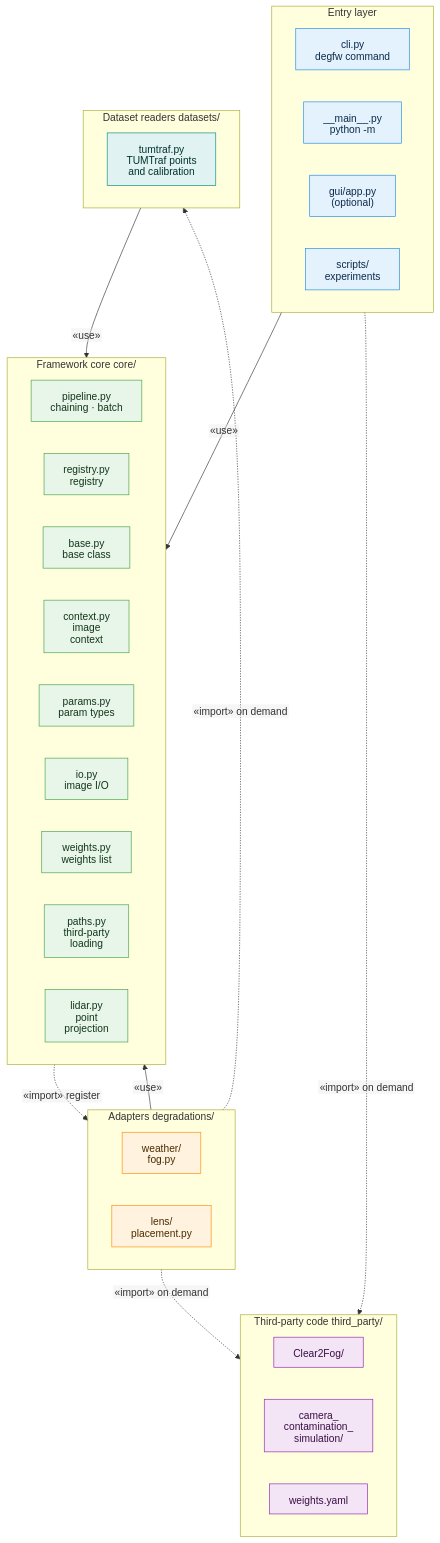
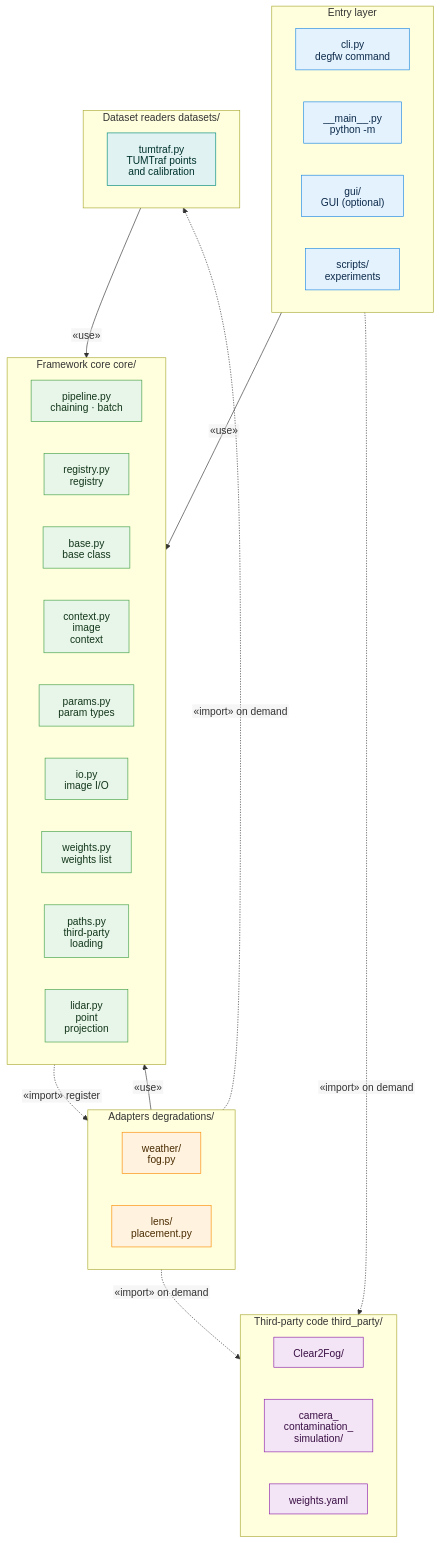
One commit to Tommy6015/degradation-framework changed the first of 4 diagrams in doc_EN/architecture.md. Above: the diagram before and after it, drawn with Mermaid. The commit also changed other lines of this file and 23 other files, not shown here.

````diff
--- a/doc_EN/architecture.md
+++ b/doc_EN/architecture.md
@@ -17,56 +17,56 @@
 ```mermaid
 %%{init: {"htmlLabels": false, "flowchart": {"htmlLabels": false, "wrappingWidth": 400}}}%%
 flowchart TB
     subgraph L1["Entry layer"]
         cli["cli.py<br/>degfw command"]
         main["__main__.py<br/>python -m"]
-        gui["gui/app.py<br/>(optional)"]
+        gui["gui/<br/>GUI (optional)"]
         scripts["scripts/<br/>experiments"]
     end
 
     subgraph L2["Framework core core/"]
         pipeline["pipeline.py<br/>chaining · batch"]
         registry["registry.py<br/>registry"]
         base["base.py<br/>base class"]
         context["context.py<br/>image<br/>context"]
         params["params.py<br/>param types"]
         io["io.py<br/>image I/O"]
         weights["weights.py<br/>weights list"]
         paths["paths.py<br/>third-party<br/>loading"]
         lidar["lidar.py<br/>point<br/>projection"]
     end
 
     subgraph L3["Adapters degradations/"]
         fog["weather/<br/>fog.py"]
         lens["lens/<br/>placement.py"]
     end
 
     subgraph L5["Dataset readers datasets/"]
         tumtraf["tumtraf.py<br/>TUMTraf points<br/>and calibration"]
     end
 
     subgraph L4["Third-party code third_party/"]
         c2f["Clear2Fog/"]
         ccs["camera_<br/>contamination_<br/>simulation/"]
         wyaml["weights.yaml"]
     end
 
     L1 -->|"«use»"| L2
     L3 -->|"«use»"| L2
     L2 -.->|"«import» register"| L3
     L3 -.->|"«import» on demand"| L4
     L3 -.->|"«import» on demand"| L5
     L5 -->|"«use»"| L2
     L1 -.->|"«import» on demand"| L4
 
     classDef layer1 fill:#E3F2FD,stroke:#1E88E5,color:#0D2A4A
     classDef layer2 fill:#E8F5E9,stroke:#43A047,color:#12361A
     classDef layer3 fill:#FFF3E0,stroke:#FB8C00,color:#4A2B00
     classDef layer4 fill:#F3E5F5,stroke:#8E24AA,color:#3A0F45
     classDef layer5 fill:#E0F2F1,stroke:#00897B,color:#00332E
     class cli,main,gui,scripts layer1
     class pipeline,registry,base,context,params,io,weights,paths,lidar layer2
     class fog,lens layer3
     class c2f,ccs,wyaml layer4
     class tumtraf layer5
 ```
````
